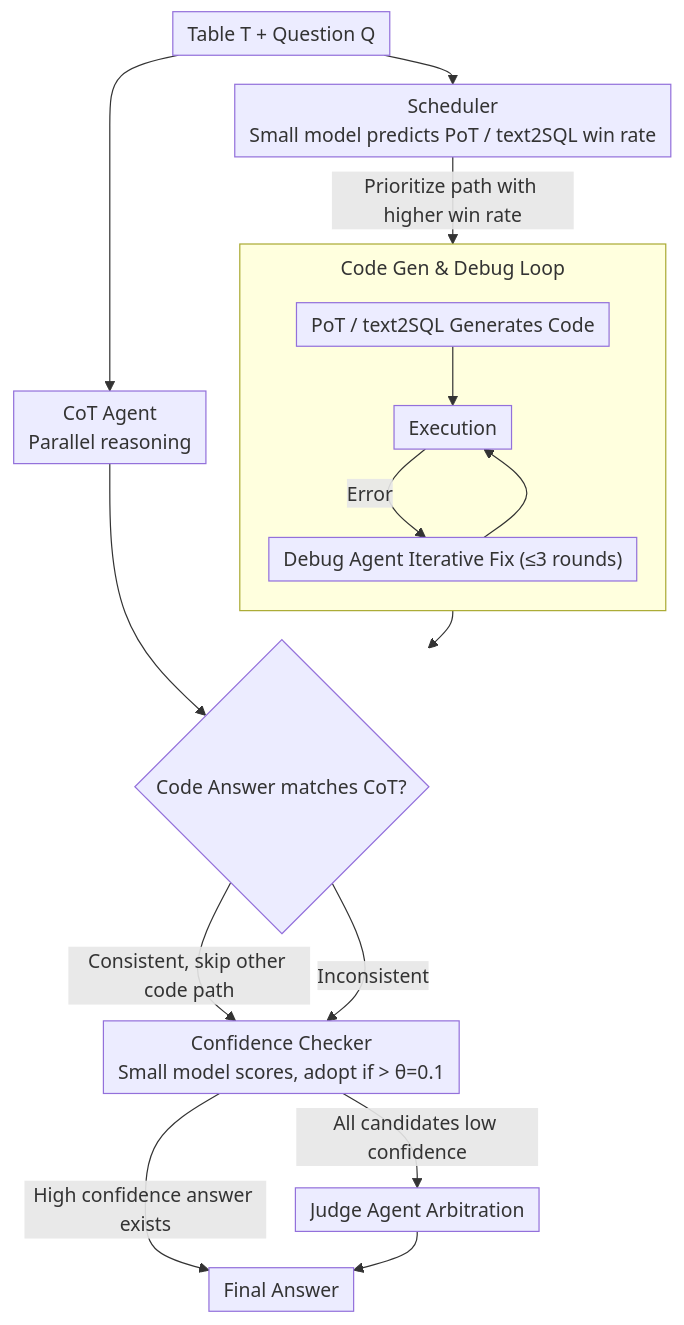
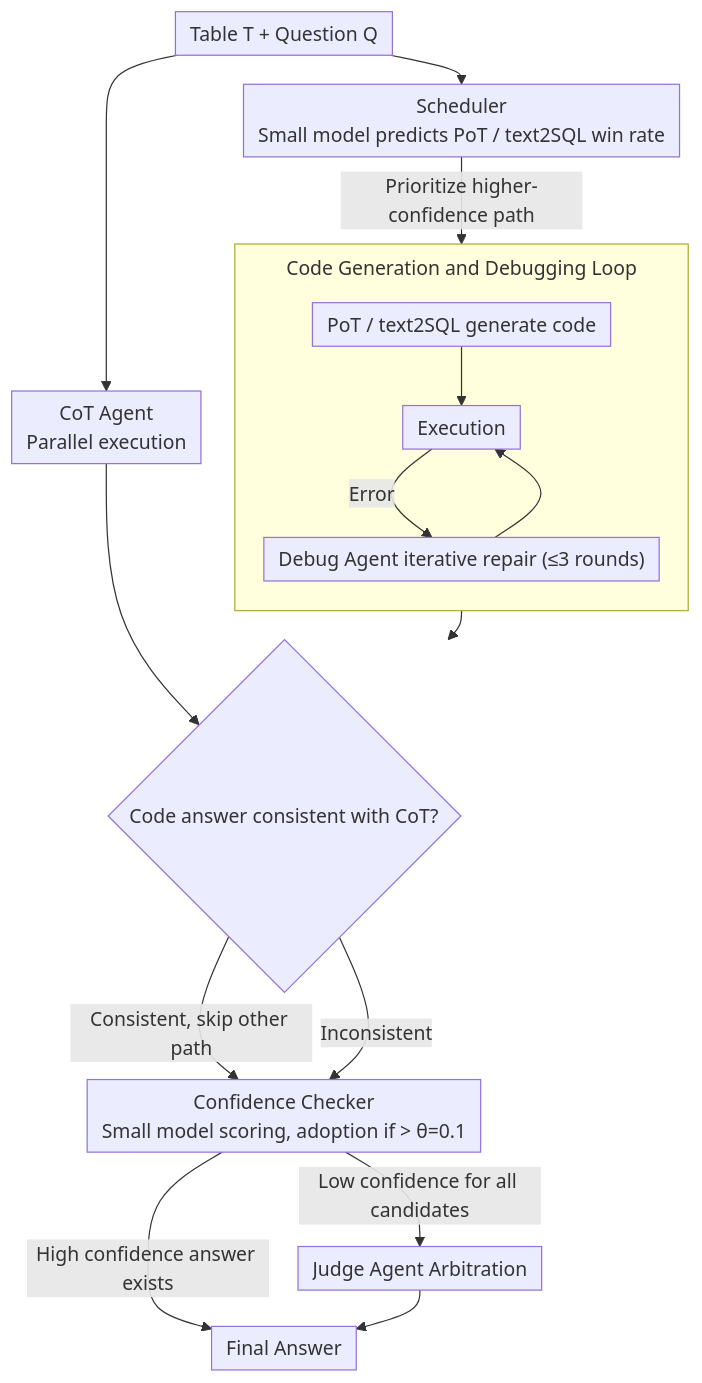
Before and after one commit to zhaoyang97/Paper-Notes-en: the diagram in docs/ACL2026/multi_agent/mata_multi-agent_framework_for_reliable_and_flexible_table_question_answering.md, drawn with Mermaid. The commit also changed other lines of this file and 5084 other files, not shown here.

````diff
--- a/docs/ACL2026/multi_agent/mata_multi-agent_framework_for_reliable_and_flexible_table_question_answering.md
+++ b/docs/ACL2026/multi_agent/mata_multi-agent_framework_for_reliable_and_flexible_table_question_answering.md
@@ -42,20 +42,20 @@
 ```mermaid
 %%{init: {'flowchart': {'rankSpacing': 24, 'nodeSpacing': 28, 'padding': 6, 'wrappingWidth': 400, 'subGraphTitleMargin': {'top': 8, 'bottom': 16}}}}%%
 flowchart TD
     A["Table T + Question Q"] --> B["Scheduler<br/>Small model predicts PoT / text2SQL win rate"]
-    A --> C["CoT Agent<br/>Parallel reasoning"]
-    B -->|"Prioritize path with higher win rate"| D
-    subgraph D["Code Gen & Debug Loop"]
+    A --> C["CoT Agent<br/>Parallel execution"]
+    B -->|"Prioritize higher-confidence path"| D
+    subgraph D["Code Generation and Debugging Loop"]
         direction TB
-        D1["PoT / text2SQL Generates Code"] --> D2["Execution"]
-        D2 -->|"Error"| D3["Debug Agent Iterative Fix (≤3 rounds)"]
+        D1["PoT / text2SQL generate code"] --> D2["Execution"]
+        D2 -->|"Error"| D3["Debug Agent iterative repair (≤3 rounds)"]
         D3 --> D2
     end
-    C --> E{"Code Answer matches CoT?"}
+    C --> E{"Code answer consistent with CoT?"}
     D --> E
-    E -->|"Consistent, skip other code path"| F["Confidence Checker<br/>Small model scores, adopt if > θ=0.1"]
+    E -->|"Consistent, skip other path"| F["Confidence Checker<br/>Small model scoring, adoption if > θ=0.1"]
     E -->|"Inconsistent"| F
-    F -->|"All candidates low confidence"| G["Judge Agent Arbitration"]
+    F -->|"Low confidence for all candidates"| G["Judge Agent Arbitration"]
     F -->|"High confidence answer exists"| H["Final Answer"]
     G --> H
 ```
````
